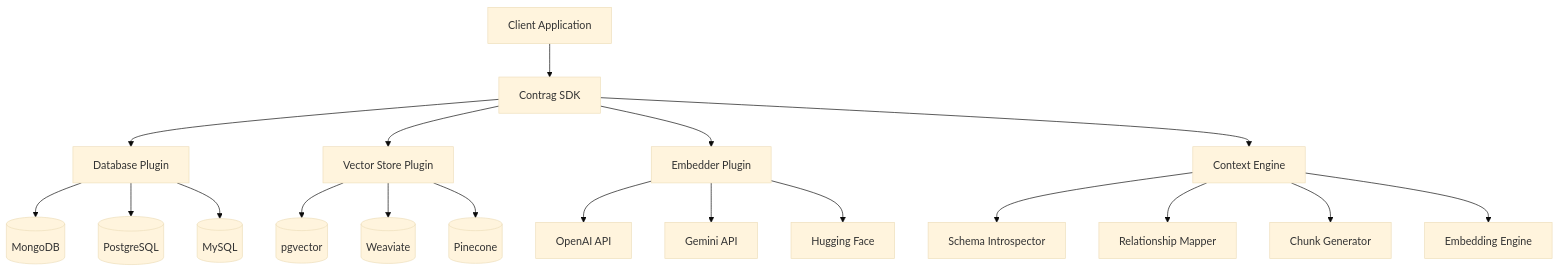
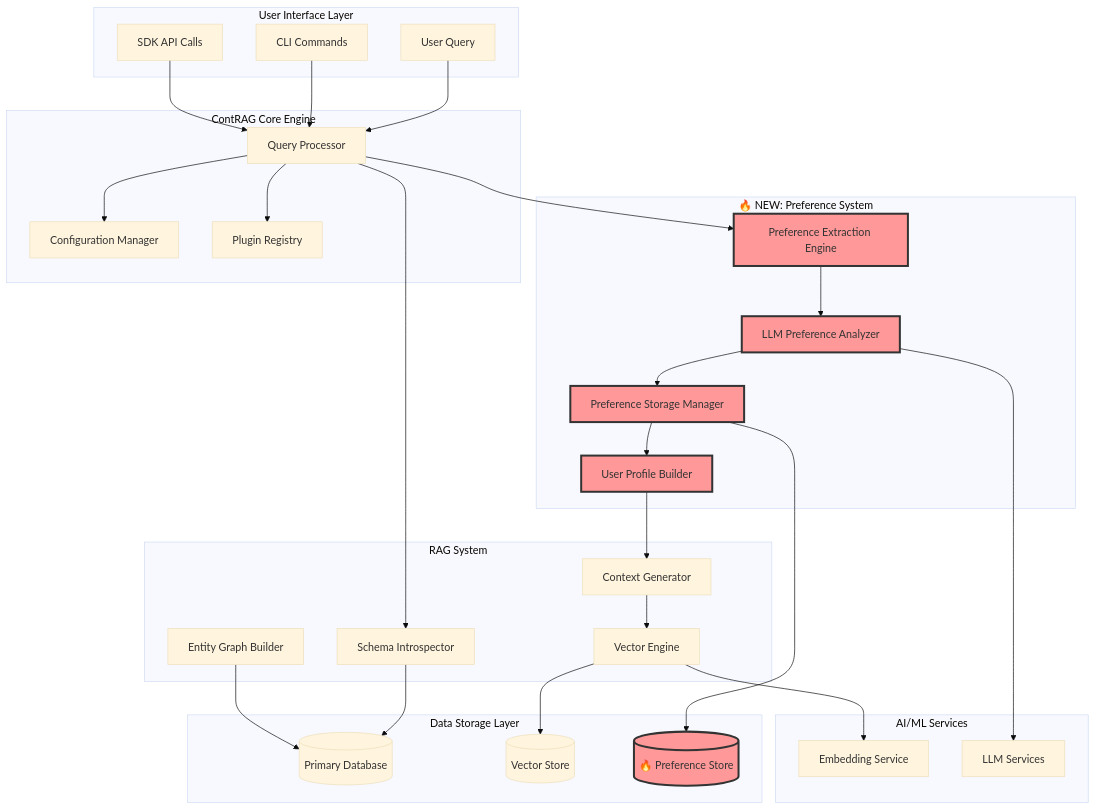
The first of 8 diagrams in docs/ARCHITECTURE.md (dhaniverse/contrag), drawn with Mermaid (base theme) before and after one commit. The commit also changed other lines of this file and 6 other files, not shown here.

First line of the commit message:
Add user guide and release notes for v1.3.0 featuring Intelligent Preference Tracking

````diff
--- a/docs/ARCHITECTURE.md
+++ b/docs/ARCHITECTURE.md
@@ -26,25 +27,67 @@
 ```mermaid
 graph TB
-    Client[Client Application] --> SDK[Contrag SDK]
-    SDK --> DBPlugin[Database Plugin]
-    SDK --> VectorPlugin[Vector Store Plugin]
-    SDK --> EmbedPlugin[Embedder Plugin]
-    SDK --> ContextEngine[Context Engine]
+    subgraph "User Interface Layer"
+        A[User Query]
+        B[CLI Commands] 
+        C[SDK API Calls]
+    end
     
-    DBPlugin --> MongoDB[(MongoDB)]
-    DBPlugin --> PostgreSQL[(PostgreSQL)]
-    DBPlugin --> MySQL[(MySQL)]
+    subgraph "ContRAG Core Engine"
+        D[Query Processor]
+        E[Configuration Manager]
+        F[Plugin Registry]
+    end
     
-    VectorPlugin --> pgvector[(pgvector)]
-    VectorPlugin --> Weaviate[(Weaviate)]
-    VectorPlugin --> Pinecone[(Pinecone)]
+    subgraph "🔥 NEW: Preference System"
+        G[Preference Extraction Engine]
+        H[LLM Preference Analyzer]
+        I[Preference Storage Manager]
+        J[User Profile Builder]
+    end
     
-    EmbedPlugin --> OpenAI[OpenAI API]
-    EmbedPlugin --> Gemini[Gemini API]
-    EmbedPlugin --> Hugging[Hugging Face]
+    subgraph "RAG System"
+        K[Schema Introspector]
+        L[Entity Graph Builder]
+        M[Context Generator]
+        N[Vector Engine]
+    end
     
-    ContextEngine --> SchemaIntrospector[Schema Introspector]
-    ContextEngine --> RelationshipMapper[Relationship Mapper]
-    ContextEngine --> ChunkGenerator[Chunk Generator]
-    ContextEngine --> EmbeddingEngine[Embedding Engine]
+    subgraph "Data Storage Layer"
+        O[(Primary Database)]
+        P[(Vector Store)]
+        Q[(🔥 Preference Store)]
+    end
+    
+    subgraph "AI/ML Services"
+        R[Embedding Service]
+        S[LLM Services]
+    end
+    
+    A --> D
+    B --> D  
+    C --> D
+    D --> E
+    D --> F
+    D --> G
+    D --> K
+    
+    G --> H
+    H --> I
+    I --> Q
+    I --> J
+    J --> M
+    
+    K --> O
+    L --> O
+    M --> N
+    N --> P
+    N --> R
+    
+    H --> S
+    
+    style G fill:#ff9999,stroke:#333,stroke-width:3px
+    style H fill:#ff9999,stroke:#333,stroke-width:3px
+    style I fill:#ff9999,stroke:#333,stroke-width:3px
+    style J fill:#ff9999,stroke:#333,stroke-width:3px
+    style Q fill:#ff9999,stroke:#333,stroke-width:3px
 ```
````
